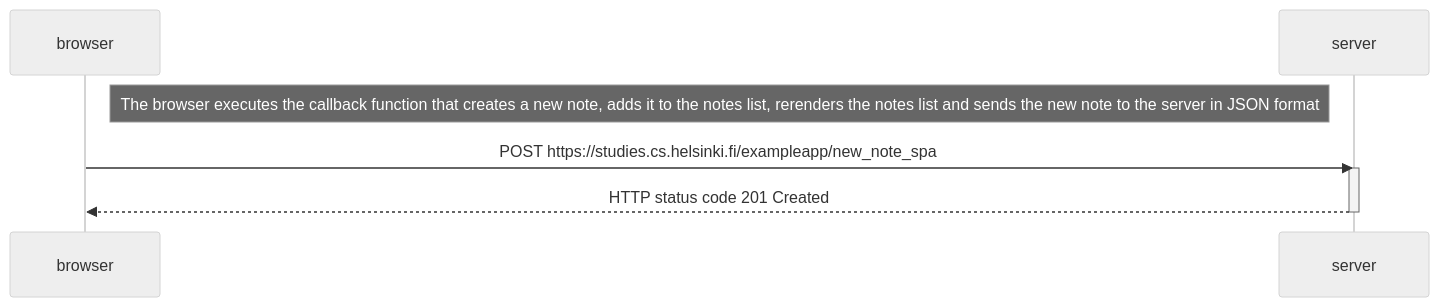
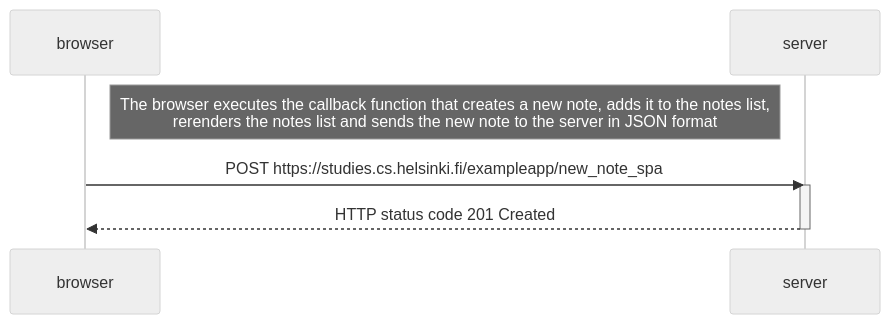
The diagram in part0/new note in single page app diagram/e-0_6.md (nati-friedman/part3-phonebook-backend), drawn with Mermaid (neutral theme) before and after one commit.

Commit message:
more readable comment

````diff
--- a/part0/new note in single page app diagram/e-0_6.md
+++ b/part0/new note in single page app diagram/e-0_6.md
@@ -1,12 +1,12 @@
 ```mermaid
 sequenceDiagram
     participant browser
     participant server
 
-    Note right of browser: The browser executes the callback function that creates a new note, adds it to the notes list, rerenders the notes list and sends the new note to the server in JSON format
+    Note right of browser: The browser executes the callback function that creates a new note, adds it to the notes list,<br/> rerenders the notes list and sends the new note to the server in JSON format
 
     browser->>server: POST https://studies.cs.helsinki.fi/exampleapp/new_note_spa
     activate server
     server-->>browser: HTTP status code 201 Created
     deactivate server
 ```
````
